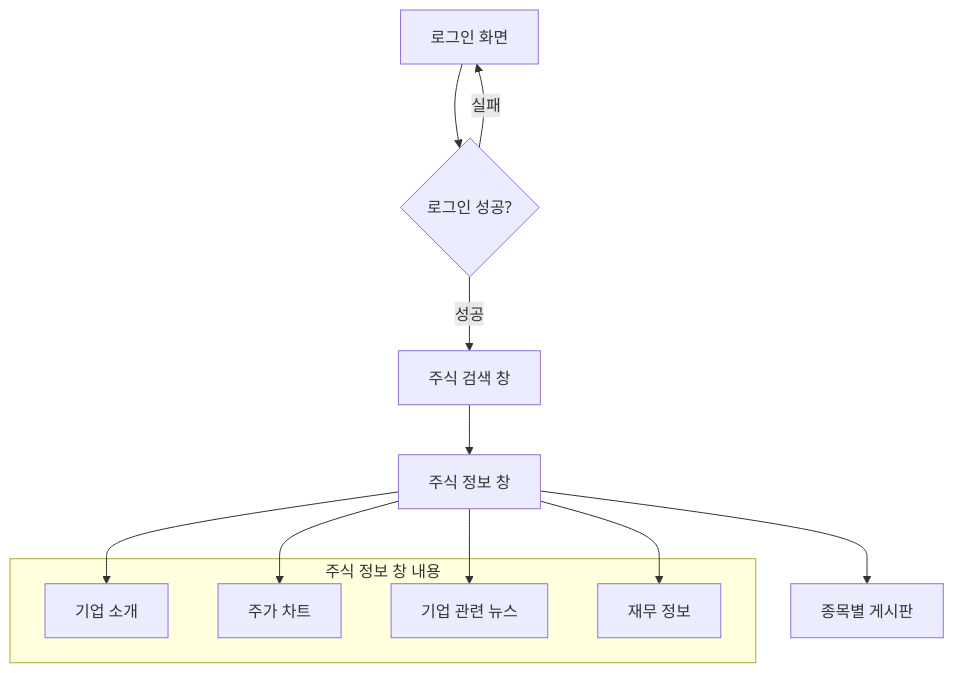
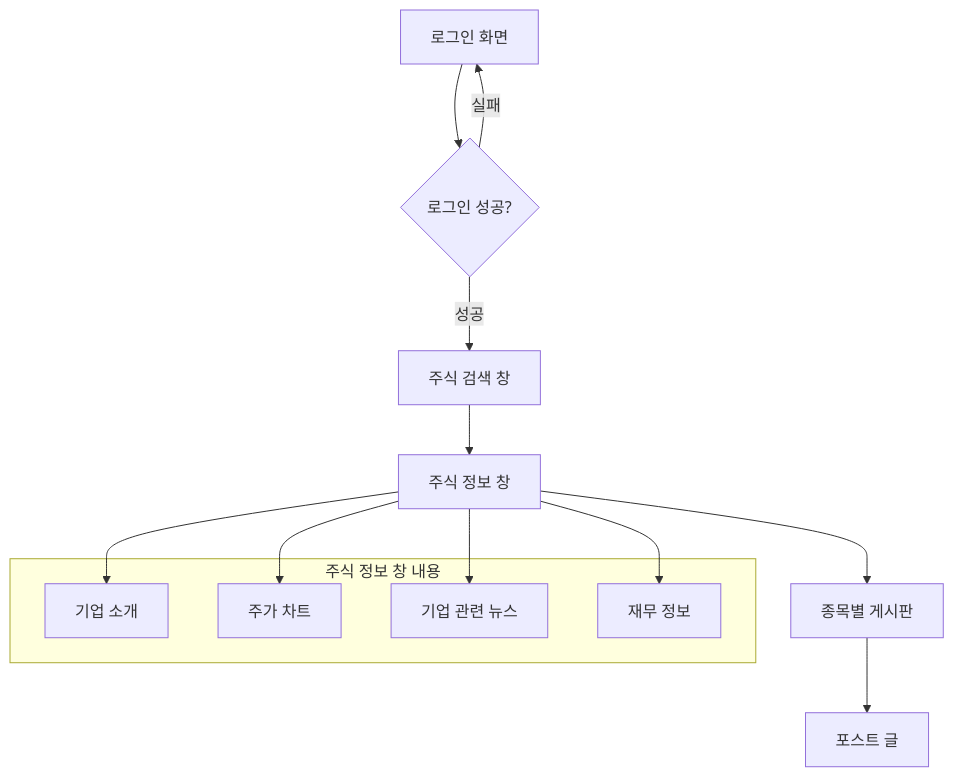
Before and after one commit to Donggyu-Kim1/stalk: the second of 3 diagrams in README.md, drawn with Mermaid. The commit also changed 17 other files, not shown here.

````diff
--- a/README.md
+++ b/README.md
@@ -230,20 +230,21 @@
 ```mermaid
     graph TD
         A[로그인 화면] --> B{로그인 성공?}
         B -->|성공| C[주식 검색 창]
         B -->|실패| A
         C --> D[주식 정보 창]
         D --> E[종목별 게시판]
+        E --> F[포스트 글]
         
         subgraph "주식 정보 창 내용"
             D1[기업 소개]
             D2[주가 차트]
             D3[기업 관련 뉴스]
             D4[재무 정보]
         end
         
         D --> D1
         D --> D2
         D --> D3
         D --> D4
 ```
````
